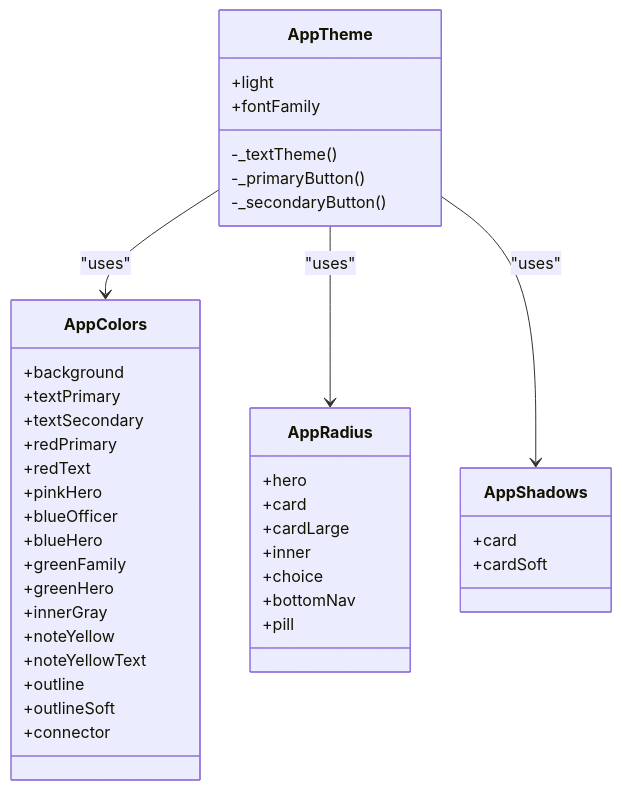
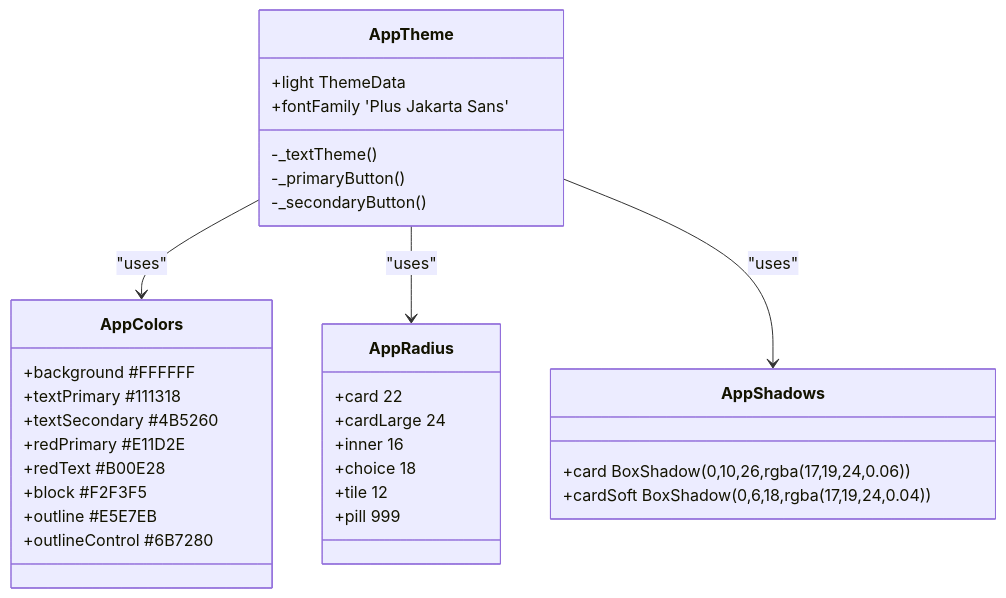
The third of 9 diagrams in .qoder/repowiki/en/content/Mobile Application/Mobile Application.md (rdsarjito/whoosh-ramah), drawn with Mermaid before and after one commit. The commit also changed other lines of this file and 68 other files, not shown here.

````diff
--- a/.qoder/repowiki/en/content/Mobile Application/Mobile Application.md
+++ b/.qoder/repowiki/en/content/Mobile Application/Mobile Application.md
@@ -173,44 +214,35 @@
 ```mermaid
 classDiagram
 class AppColors {
-+background
-+textPrimary
-+textSecondary
-+redPrimary
-+redText
-+pinkHero
-+blueOfficer
-+blueHero
-+greenFamily
-+greenHero
-+innerGray
-+noteYellow
-+noteYellowText
-+outline
-+outlineSoft
-+connector
++background #FFFFFF
++textPrimary #111318
++textSecondary #4B5260
++redPrimary #E11D2E
++redText #B00E28
++block #F2F3F5
++outline #E5E7EB
++outlineControl #6B7280
 }
 class AppRadius {
-+hero
-+card
-+cardLarge
-+inner
-+choice
-+bottomNav
-+pill
++card 22
++cardLarge 24
++inner 16
++choice 18
++tile 12
++pill 999
 }
 class AppShadows {
-+card
-+cardSoft
++card BoxShadow(0,10,26,rgba(17,19,24,0.06))
++cardSoft BoxShadow(0,6,18,rgba(17,19,24,0.04))
 }
 class AppTheme {
-+light
-+fontFamily
++light ThemeData
++fontFamily 'Plus Jakarta Sans'
 -_textTheme()
 -_primaryButton()
 -_secondaryButton()
 }
 AppTheme --> AppColors : "uses"
 AppTheme --> AppRadius : "uses"
 AppTheme --> AppShadows : "uses"
 ```
````
